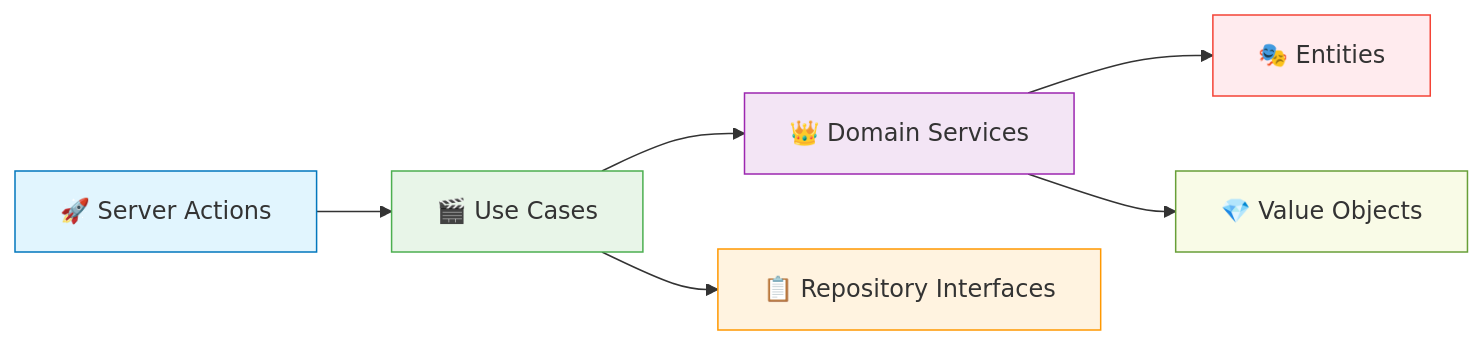
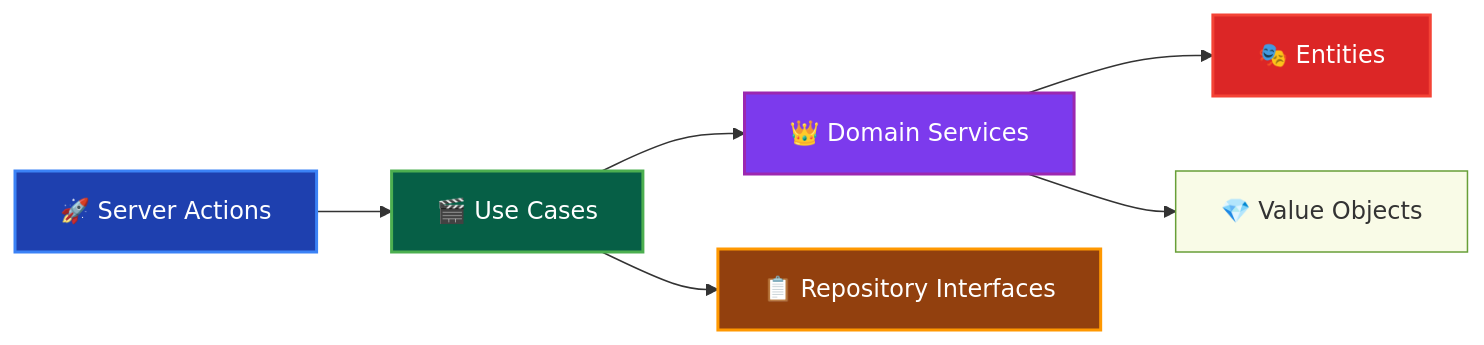
The third of 4 diagrams in _DOCS/guides/ddd/layers/components/server-actions.md (derushio/d-next-ddd-example), drawn with Mermaid before and after one commit. The commit also changed other lines of this file and 31 other files, not shown here.

Commit message:
🎨: DOCSのMermaid図表カラーテーマを暗色に統一し視認性を向上

````diff
--- a/_DOCS/guides/ddd/layers/components/server-actions.md
+++ b/_DOCS/guides/ddd/layers/components/server-actions.md
@@ -57,16 +57,16 @@
 ```mermaid
 graph LR
     SA["🚀 Server Actions"] --> UseCase["🎬 Use Cases"]
     UseCase --> Domain["👑 Domain Services"]
     UseCase --> Repo["📋 Repository Interfaces"]
     
     Domain --> Entity["🎭 Entities"]
     Domain --> VO["💎 Value Objects"]
     
-    style SA fill:#e1f5fe,stroke:#0277bd
-    style UseCase fill:#e8f5e8,stroke:#4caf50
-    style Domain fill:#f3e5f5,stroke:#9c27b0
-    style Repo fill:#fff3e0,stroke:#ff9800
-    style Entity fill:#ffebee,stroke:#f44336
+    style SA fill:#1e40af,stroke:#3b82f6,stroke-width:2px,color:#ffffff
+    style UseCase fill:#065f46,stroke:#10b981,stroke-width:2px,color:#ffffff fill:#065f46,stroke:#10b981,stroke-width:2px,color:#ffffff,stroke:#4caf50
+    style Domain fill:#7c3aed,stroke:#8b5cf6,stroke-width:2px,color:#ffffff fill:#7c3aed,stroke:#8b5cf6,stroke-width:2px,color:#ffffff,stroke:#9c27b0
+    style Repo fill:#92400e,stroke:#f59e0b,stroke-width:2px,color:#ffffff fill:#92400e,stroke:#f59e0b,stroke-width:2px,color:#ffffff,stroke:#ff9800
+    style Entity fill:#dc2626,stroke:#b91c1c,stroke-width:2px,color:#ffffff fill:#dc2626,stroke:#b91c1c,stroke-width:2px,color:#ffffff,stroke:#f44336
     style VO fill:#f9fbe7,stroke:#689f38
 ```
````
